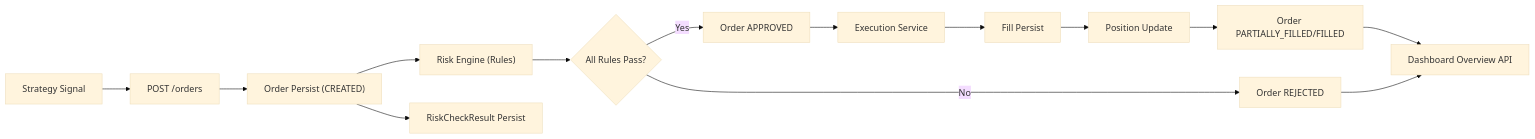
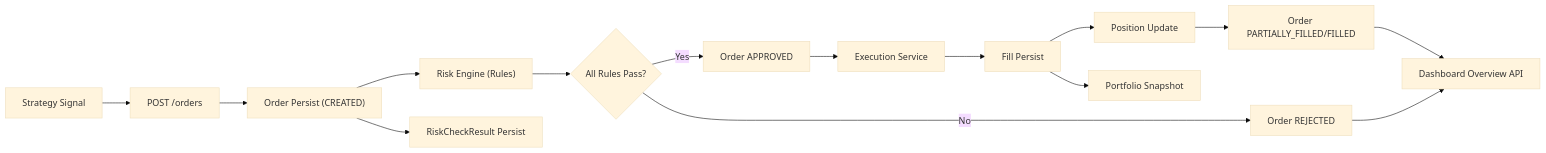
One commit to Bonchang/quant-execution-risk-platform changed the diagram in README.md. Above: the diagram before and after it, drawn with Mermaid (base theme). The commit also changed other lines of this file and 5 other files, not shown here.

````diff
--- a/README.md
+++ b/README.md
@@ -100,16 +187,17 @@
 ```mermaid
 flowchart LR
     A["Strategy Signal"] --> B["POST /orders"]
     B --> C["Order Persist (CREATED)"]
     C --> D["Risk Engine (Rules)"]
     D --> E{"All Rules Pass?"}
     E -->|No| F["Order REJECTED"]
     E -->|Yes| G["Order APPROVED"]
     G --> H["Execution Service"]
     H --> I["Fill Persist"]
     I --> J["Position Update"]
     J --> K["Order PARTIALLY_FILLED/FILLED"]
-    C --> L["RiskCheckResult Persist"]
-    K --> M["Dashboard Overview API"]
-    F --> M
+    I --> L["Portfolio Snapshot"]
+    C --> M["RiskCheckResult Persist"]
+    K --> N["Dashboard Overview API"]
+    F --> N
 ```
````
